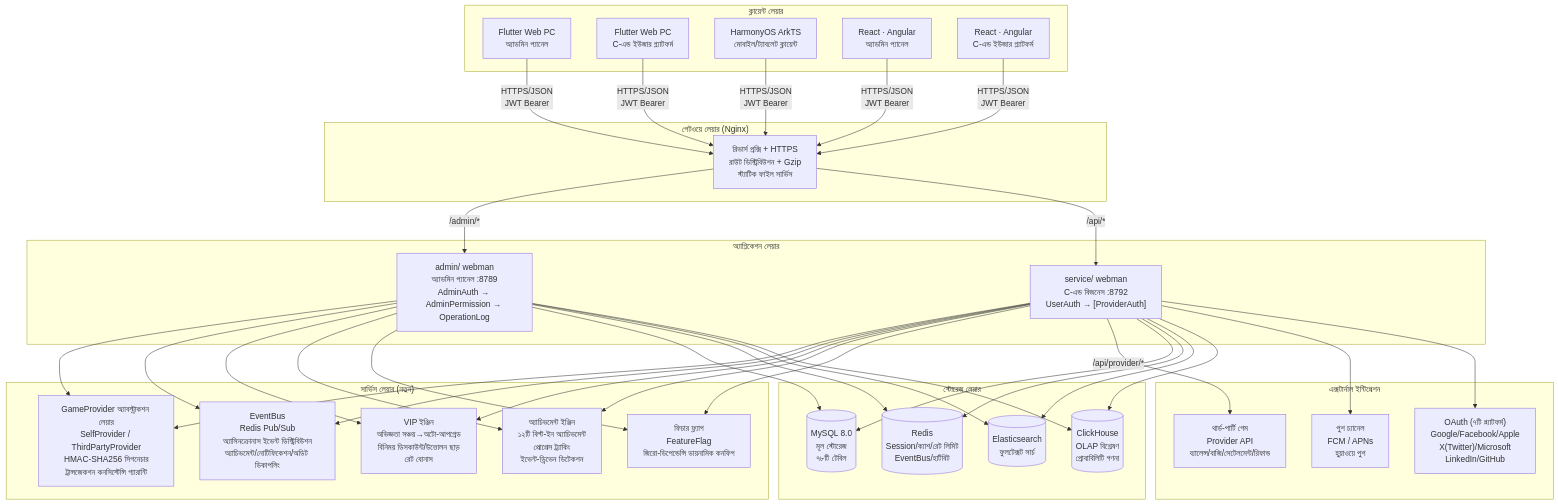
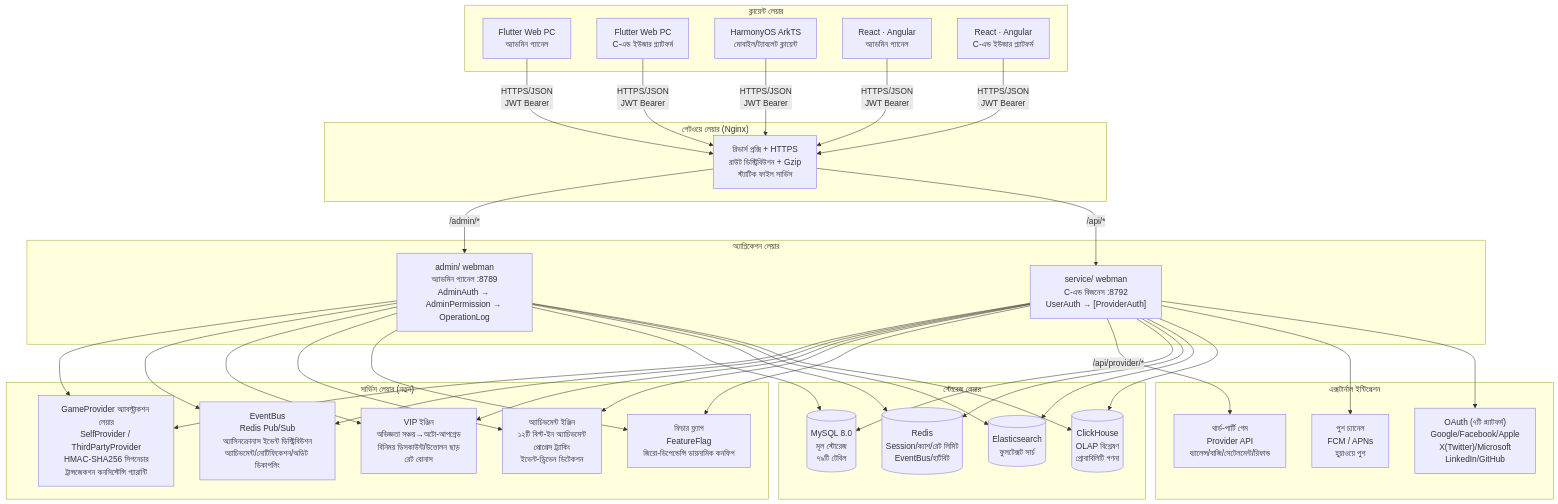
The first of 2 diagrams in docs/ARCHITECTURE.bn.md (erikwang2013/game-platform-php), drawn with Mermaid before and after one commit. The commit also changed other lines of this file and 710 other files, not shown here.

````diff
--- a/docs/ARCHITECTURE.bn.md
+++ b/docs/ARCHITECTURE.bn.md
@@ -11,48 +11,48 @@
 ```mermaid
 flowchart TB
     subgraph "ক্লায়েন্ট লেয়ার"
         A1["Flutter Web PC<br/>অ্যাডমিন প্যানেল"]
         A2["Flutter Web PC<br/>C-এন্ড ইউজার প্ল্যাটফর্ম"]
         A3["HarmonyOS ArkTS<br/>মোবাইল/ট্যাবলেট ক্লায়েন্ট"]
         A4["React · Angular<br/>অ্যাডমিন প্যানেল"]
         A5["React · Angular<br/>C-এন্ড ইউজার প্ল্যাটফর্ম"]
     end
 
     subgraph "গেটওয়ে লেয়ার (Nginx)"
         B1["রিভার্স প্রক্সি + HTTPS<br/>রাউট ডিস্ট্রিবিউশন + Gzip<br/>স্ট্যাটিক ফাইল সার্ভিস"]
     end
 
     subgraph "অ্যাপ্লিকেশন লেয়ার"
         C1["admin/ webman<br/>অ্যাডমিন প্যানেল :8789<br/>AdminAuth → AdminPermission → OperationLog"]
         C2["service/ webman<br/>C-এন্ড বিজনেস :8792<br/>UserAuth → [ProviderAuth]"]
     end
 
     subgraph "সার্ভিস লেয়ার (নতুন)"
         D0["GameProvider অ্যাবস্ট্রাকশন লেয়ার<br/>SelfProvider / ThirdPartyProvider<br/>HMAC-SHA256 সিগনেচার<br/>ট্রান্সজেকশন কনসিস্টেন্সি গ্যারান্টি"]
         D1["EventBus<br/>Redis Pub/Sub<br/>অ্যাসিনক্রোনাস ইভেন্ট ডিস্ট্রিবিউশন<br/>অ্যাচিভমেন্ট/নোটিফিকেশন/অডিট ডিকাপলিং"]
         D2["VIP ইঞ্জিন<br/>অভিজ্ঞতা সঞ্চয়→অটো-আপগ্রেড<br/>বিনিময় ডিসকাউন্ট/উত্তোলন ছাড়<br/>রেট বোনাস"]
         D3["অ্যাচিভমেন্ট ইঞ্জিন<br/>১২টি বিল্ট-ইন অ্যাচিভমেন্ট<br/>প্রোগ্রেস ট্র্যাকিং<br/>ইভেন্ট-ড্রিভেন ডিটেকশন"]
         D4["ফিচার ফ্ল্যাগ<br/>FeatureFlag<br/>জিরো-ডিপেন্ডেন্সি ডায়নামিক কনফিগ"]
     end
 
     subgraph "স্টোরেজ লেয়ার"
-        E1[("MySQL 8.0<br/>মূল স্টোরেজ<br/>৭৮টি টেবিল")]
+        E1[("MySQL 8.0<br/>মূল স্টোরেজ<br/>৭৯টি টেবিল")]
         E2[("Redis<br/>Session/ক্যাশ/রেট লিমিট<br/>EventBus/হার্টবিট")]
         E3[("Elasticsearch<br/>ফুলটেক্সট সার্চ")]
         E4[("ClickHouse<br/>OLAP বিশ্লেষণ<br/>প্রোবাবিলিটি গণনা")]
     end
 
     subgraph "এক্সটার্নাল ইন্টিগ্রেশন"
         F1["থার্ড-পার্টি গেম<br/>Provider API<br/>ব্যালেন্স/বাজি/সেটেলমেন্ট/রিফান্ড"]
         F2["পুশ চ্যানেল<br/>FCM / APNs<br/>হুয়াওয়ে পুশ"]
         F3["OAuth (৭টি প্ল্যাটফর্ম)<br/>Google/Facebook/Apple<br/>X(Twitter)/Microsoft<br/>LinkedIn/GitHub"]
     end
 
     A1 & A2 & A3 & A4 & A5 -->|"HTTPS/JSON<br/>JWT Bearer"| B1
     B1 -->|"/admin/*"| C1
     B1 -->|"/api/*"| C2
     C1 & C2 --> D0 & D1 & D2 & D3 & D4
     C2 -->|"/api/provider/*"| F1
     C1 & C2 --> E1 & E2 & E3 & E4
     C2 --> F2 & F3
 ```
````
